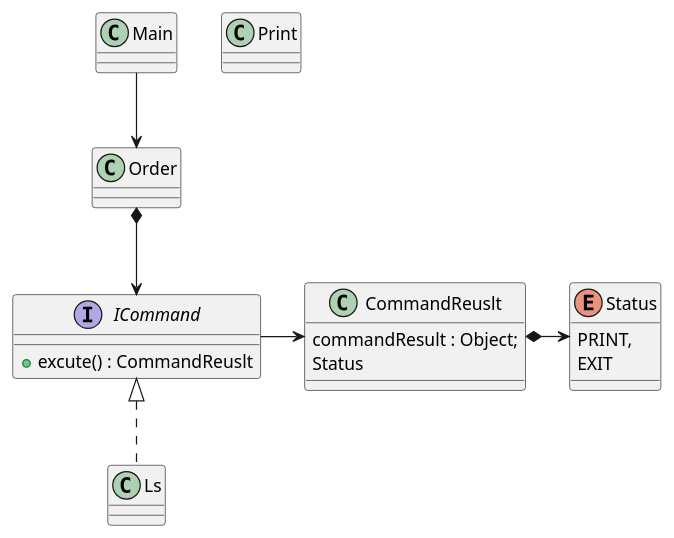
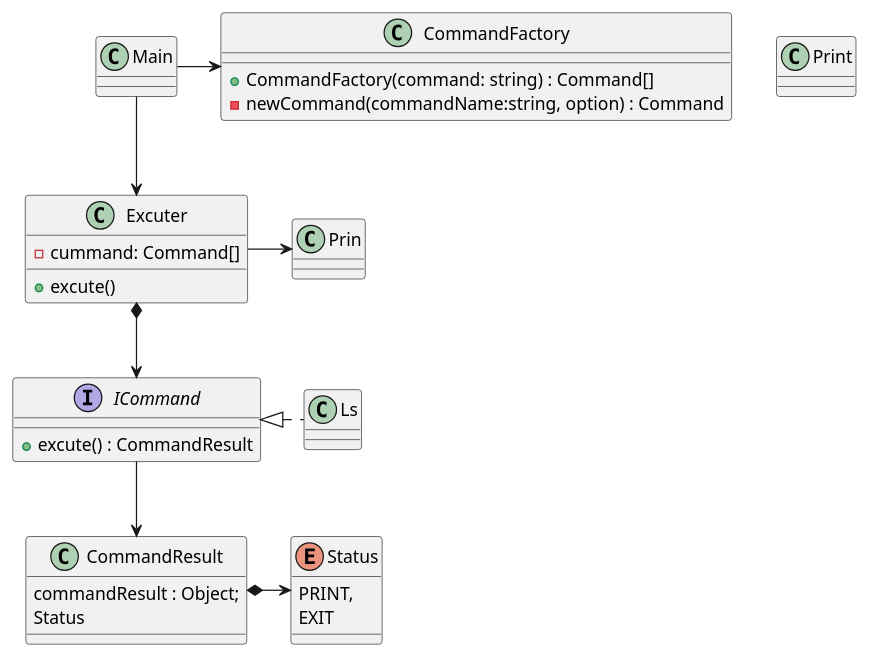
Before and after one commit to elm-niconico/AppDesign: the diagram in rust-order/クラス図/クラス図.pu, drawn with PlantUML.

Commit message:
くらすず

```diff
--- a/rust-order/クラス図/クラス図.pu
+++ b/rust-order/クラス図/クラス図.pu
@@ -1,34 +1,46 @@
 @startuml RustOrderクラス図
     class Main
-    class Order
+
     enum Status{
         PRINT,
         EXIT
+    }
+    
+    class Excuter{
+        - cummand: Command[]
+        + excute()
     }
 
     class Print{
         
     }
 
-    class CommandReuslt{
+    class CommandResult{
         commandResult : Object;
         Status
     }
 
     interface ICommand{
-        + excute() : CommandReuslt
+        + excute() : CommandResult
+    }
+    
+    class Ls {}
+
+    class CommandFactory{
+        + CommandFactory(command: string) : Command[]
+        - newCommand(commandName:string, option) : Command
     }
 
-    class Ls {}
-
-    Main  -down-> Order
-
     'コマンドリザルト
-    CommandReuslt *-> Status
+    CommandResult *-> Status
+    Main -> CommandFactory
+    Main -down-> Excuter
+    Excuter *-down-> ICommand
+    Excuter -> Prin
 
     'コマンド
-    ICommand -right-> CommandReuslt
-    Order *-down-> ICommand
-    Ls .up.|> ICommand
+    ICommand -down-> CommandResult
+    Ls .left.|> ICommand
+
 
 @enduml
```
